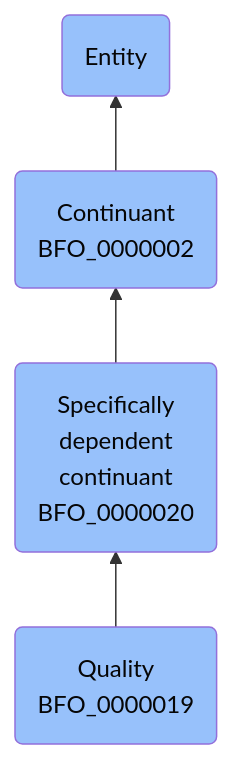
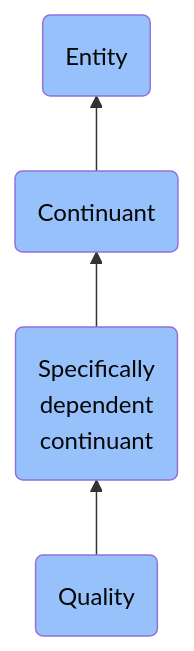
One commit to jupyter-naas/abi changed the diagram in docs/ontology/reference/model/Entity/Continuant/Specifically dependent continuant/Quality/Quality.md. Above: the diagram before and after it, drawn with Mermaid. The commit also changed other lines of this file and 1430 other files, not shown here.

````diff
--- a/docs/ontology/reference/model/Entity/Continuant/Specifically dependent continuant/Quality/Quality.md
+++ b/docs/ontology/reference/model/Entity/Continuant/Specifically dependent continuant/Quality/Quality.md
@@ -24,11 +24,11 @@
 ```mermaid
 graph BT
-    BFO_0000019(Quality<br>BFO_0000019):::BFO-->BFO_0000020
-    BFO_0000020(Specifically<br>dependent<br>continuant<br>BFO_0000020):::BFO-->BFO_0000002
-    BFO_0000002(Continuant<br>BFO_0000002):::BFO-->BFO_0000001
+    BFO_0000019(Quality):::BFO-->BFO_0000020
+    BFO_0000020(Specifically<br>dependent<br>continuant):::BFO-->BFO_0000002
+    BFO_0000002(Continuant):::BFO-->BFO_0000001
     BFO_0000001(Entity):::BFO
     
     classDef BFO fill:#97c1fb,color:#060606
     classDef CCO fill:#e4c51e,color:#060606
     classDef ABI fill:#48DD82,color:#060606
 ```
````
